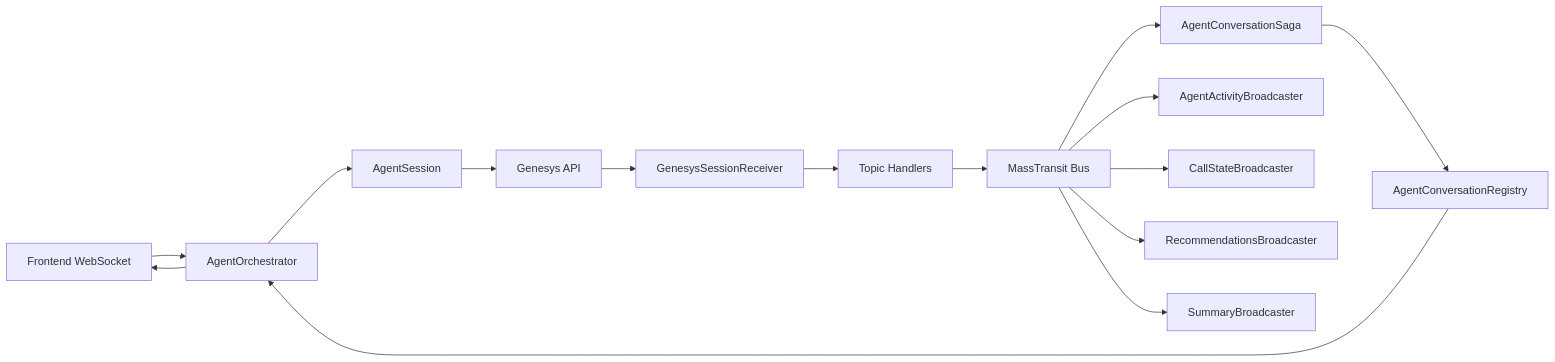
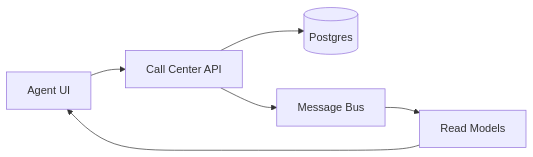
The first of 4 diagrams in presentation/slides.md (MatthijsRademaker/dignitas-event-driven-design), drawn with Mermaid before and after one commit. The commit also changed other lines of this file, not shown here.

Commit message:
Revise presentation flow for CQRS demo

````diff
--- a/presentation/slides.md
+++ b/presentation/slides.md
@@ -104,17 +40,8 @@
 ```mermaid
 flowchart LR
-    UI[Frontend WebSocket] --> Orch[AgentOrchestrator]
-    Orch --> Session[AgentSession]
-    Session --> Genesys[Genesys API]
-    Genesys --> Receiver[GenesysSessionReceiver]
-    Receiver --> Handlers[Topic Handlers]
-    Handlers --> Bus[MassTransit Bus]
-    Bus --> Saga[AgentConversationSaga]
-    Bus --> Activity[AgentActivityBroadcaster]
-    Bus --> CallState[CallStateBroadcaster]
-    Bus --> Recs[RecommendationsBroadcaster]
-    Bus --> Summary[SummaryBroadcaster]
-    Saga --> Registry[AgentConversationRegistry]
-    Registry --> Orch
-    Orch --> UI
+    UI[Agent UI] --> API[Call Center API]
+    API --> DB[(Postgres)]
+    API --> Bus[Message Bus]
+    Bus --> Proj[Read Models]
+    Proj --> UI
 ```
````
